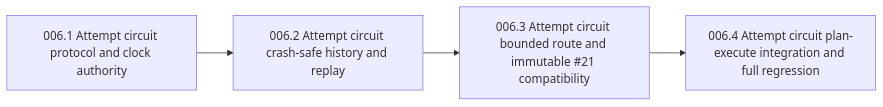
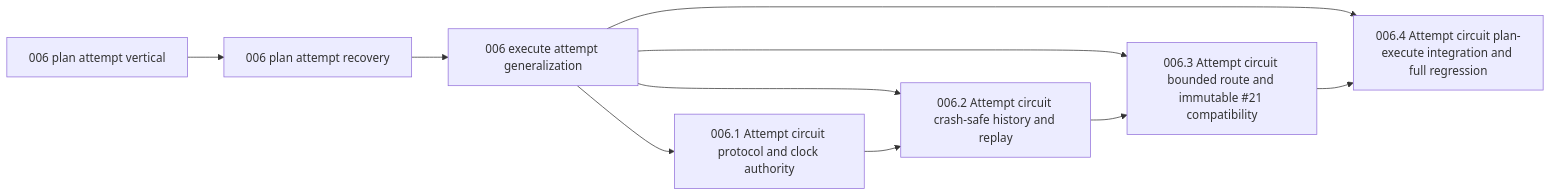
One commit to iamcxa/spacedock-workflows changed the diagram in docs/ship-flow/006-attempt-scoped-stage-circuits-execution-re-slice/index.md. Above: the diagram before and after it, drawn with Mermaid. The commit also changed other lines of this file and 11 other files, not shown here.

````diff
--- a/docs/ship-flow/006-attempt-scoped-stage-circuits-execution-re-slice/index.md
+++ b/docs/ship-flow/006-attempt-scoped-stage-circuits-execution-re-slice/index.md
@@ -20,10 +23,19 @@
 ```mermaid
 graph LR
+  n006_plan_vertical["006 plan attempt vertical"]
+  n006_plan_recovery["006 plan attempt recovery"]
+  n006_execute_generalization["006 execute attempt generalization"]
   n006_1["006.1 Attempt circuit protocol and clock authority"]
   n006_2["006.2 Attempt circuit crash-safe history and replay"]
   n006_3["006.3 Attempt circuit bounded route and immutable #21 compatibility"]
   n006_4["006.4 Attempt circuit plan-execute integration and full regression"]
+  n006_plan_vertical --> n006_plan_recovery
+  n006_plan_recovery --> n006_execute_generalization
+  n006_execute_generalization --> n006_1
+  n006_execute_generalization --> n006_2
+  n006_execute_generalization --> n006_3
+  n006_execute_generalization --> n006_4
   n006_1 --> n006_2
   n006_2 --> n006_3
   n006_3 --> n006_4
 ```
````
